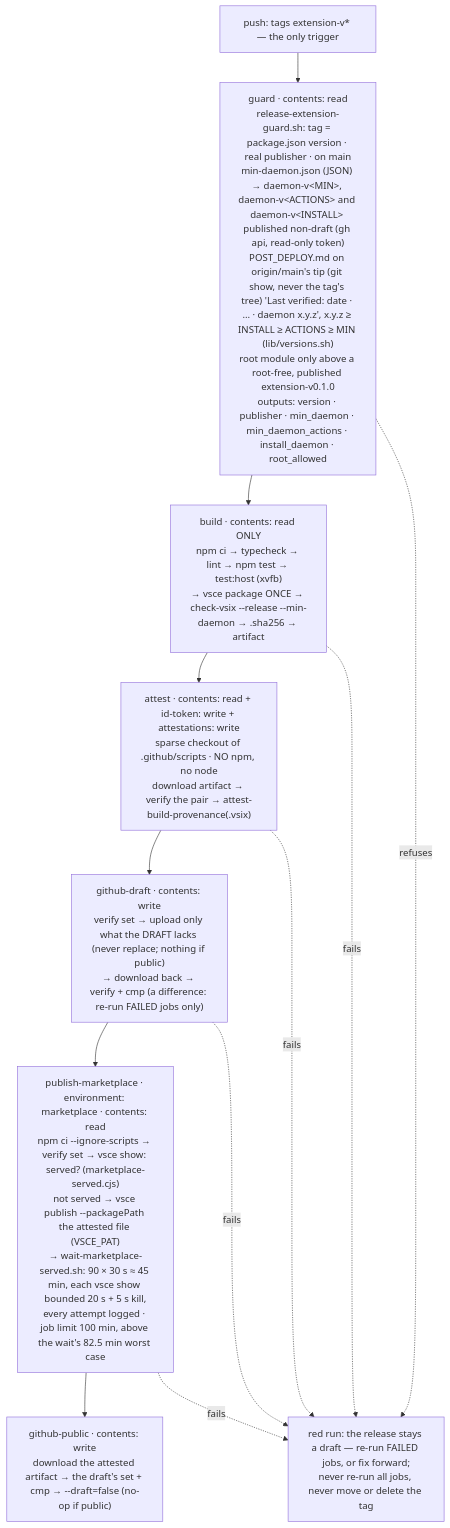
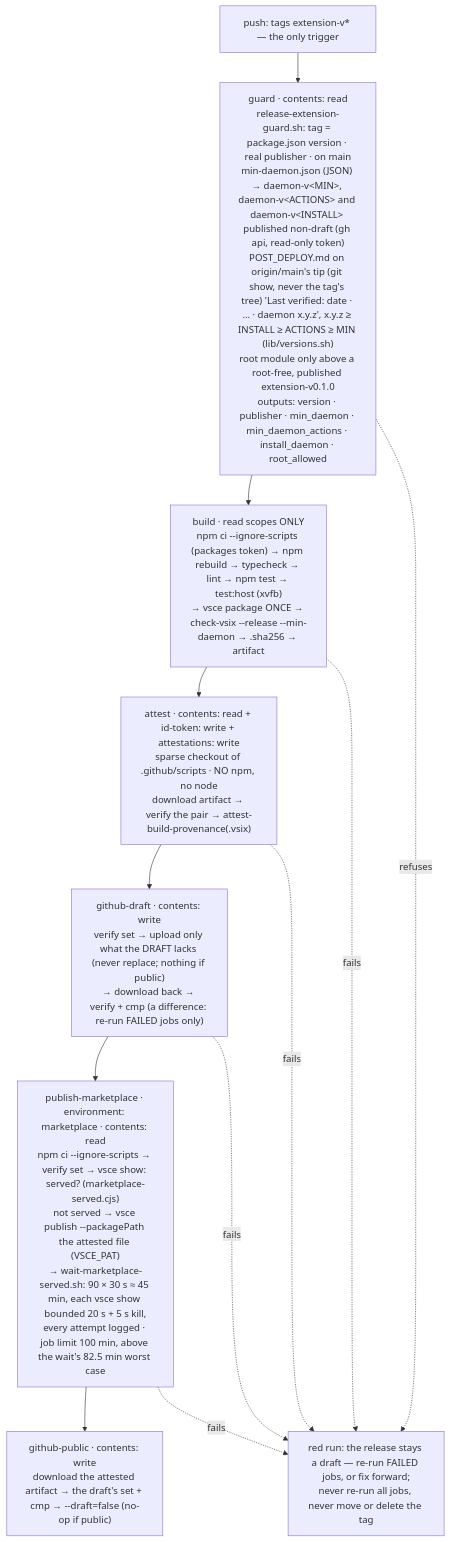
One commit to oleksandrdubyna88/wsl_care changed the eighth of 8 diagrams in research/module_vs_code.md. Above: the diagram before and after it, drawn with Mermaid. The commit also changed other lines of this file and 34 other files, not shown here.

````diff
--- a/research/module_vs_code.md
+++ b/research/module_vs_code.md
@@ -664,17 +723,17 @@
 ```mermaid
 flowchart TD
     tag["push: tags extension-v* — the only trigger"]
     guard["guard · contents: read<br/>release-extension-guard.sh: tag = package.json version · real publisher · on main<br/>min-daemon.json (JSON) → daemon-v&lt;MIN&gt;, daemon-v&lt;ACTIONS&gt; and daemon-v&lt;INSTALL&gt; published non-draft (gh api, read-only token)<br/>POST_DEPLOY.md on origin/main's tip (git show, never the tag's tree) 'Last verified: date · … · daemon x.y.z', x.y.z ≥ INSTALL ≥ ACTIONS ≥ MIN (lib/versions.sh)<br/>root module only above a root-free, published extension-v0.1.0<br/>outputs: version · publisher · min_daemon · min_daemon_actions · install_daemon · root_allowed"]
-    build["build · contents: read ONLY<br/>npm ci → typecheck → lint → npm test → test:host (xvfb)<br/>→ vsce package ONCE → check-vsix --release --min-daemon → .sha256 → artifact"]
+    build["build · read scopes ONLY<br/>npm ci --ignore-scripts (packages token) → npm rebuild → typecheck → lint → npm test → test:host (xvfb)<br/>→ vsce package ONCE → check-vsix --release --min-daemon → .sha256 → artifact"]
     attest["attest · contents: read + id-token: write + attestations: write<br/>sparse checkout of .github/scripts · NO npm, no node<br/>download artifact → verify the pair → attest-build-provenance(.vsix)"]
     draft["github-draft · contents: write<br/>verify set → upload only what the DRAFT lacks (never replace; nothing if public)<br/>→ download back → verify + cmp (a difference: re-run FAILED jobs only)"]
     mkt["publish-marketplace · environment: marketplace · contents: read<br/>npm ci --ignore-scripts → verify set → vsce show: served? (marketplace-served.cjs)<br/>not served → vsce publish --packagePath the attested file (VSCE_PAT)<br/>→ wait-marketplace-served.sh: 90 × 30 s ≈ 45 min, each vsce show bounded 20 s + 5 s kill,<br/>every attempt logged · job limit 100 min, above the wait's 82.5 min worst case"]
     pub["github-public · contents: write<br/>download the attested artifact → the draft's set + cmp → --draft=false (no-op if public)"]
     stop["red run: the release stays a draft — re-run FAILED jobs, or fix forward;<br/>never re-run all jobs, never move or delete the tag"]
     tag --> guard --> build --> attest --> draft --> mkt --> pub
     guard -. refuses .-> stop
     build -. fails .-> stop
     attest -. fails .-> stop
     draft -. fails .-> stop
     mkt -. fails .-> stop
 ```
````
